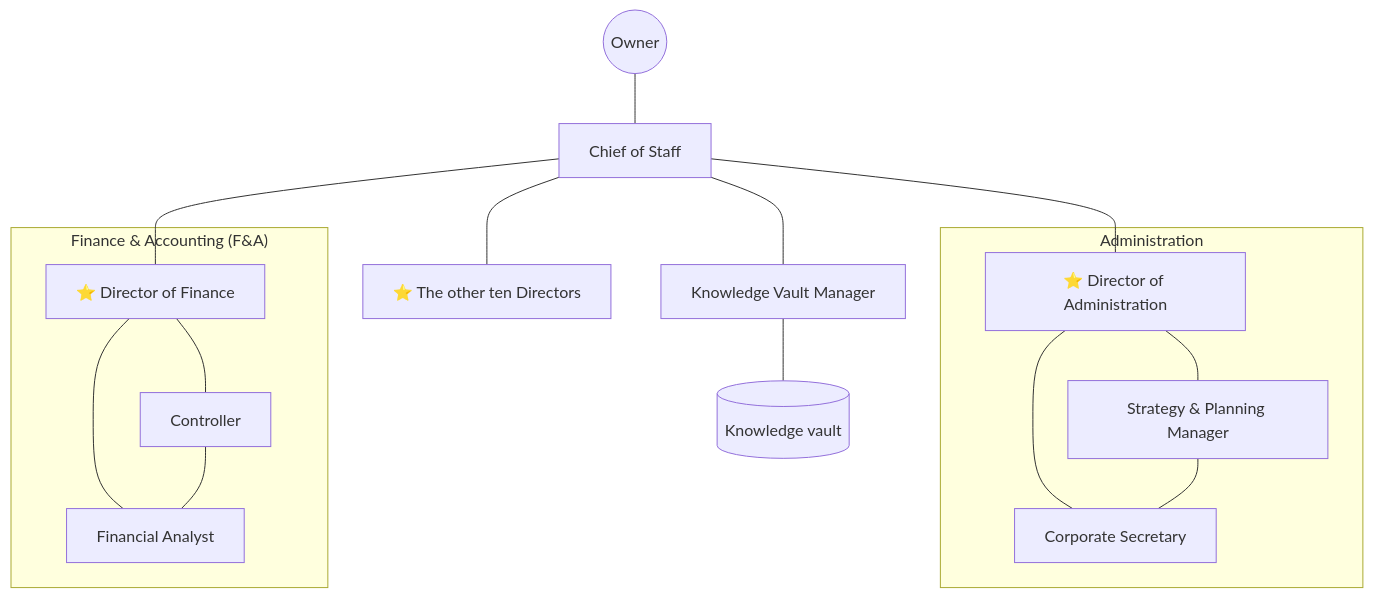
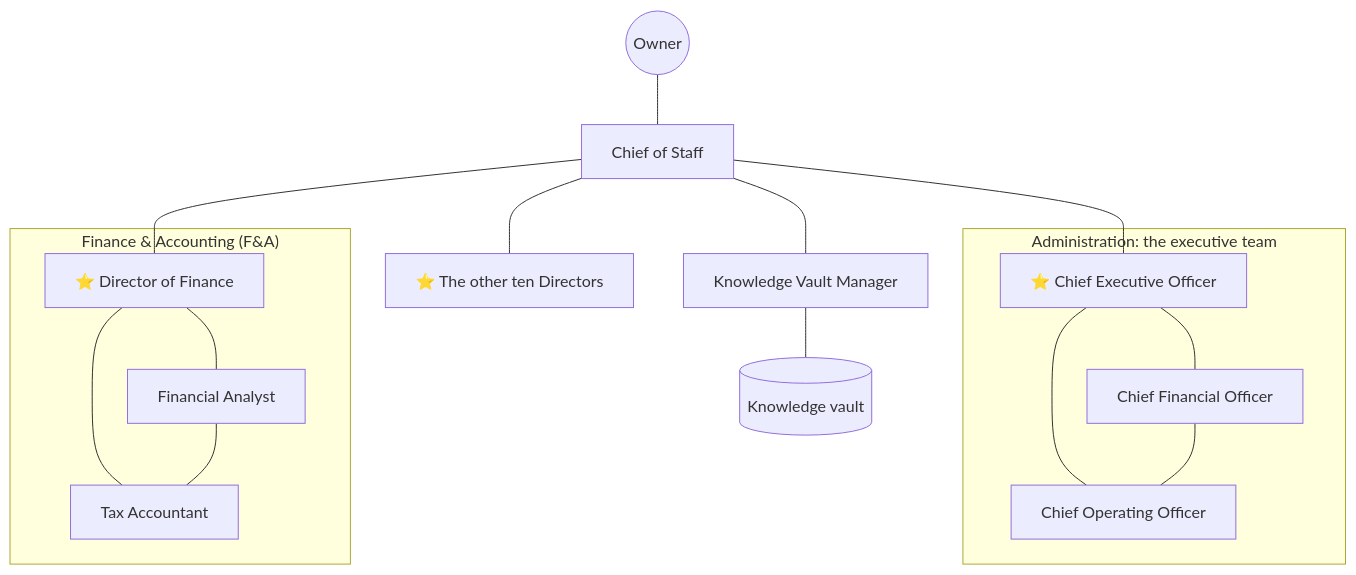
The first of 2 diagrams in docs/technical/The-Workforce.md (tannergolden/intelligence), drawn with Mermaid before and after one commit. The commit also changed other lines of this file and 109 other files, not shown here.

````diff
--- a/docs/technical/The-Workforce.md
+++ b/docs/technical/The-Workforce.md
@@ -254,19 +338,19 @@
 ```mermaid
 graph TD
     Owner((Owner)) --- CoS[Chief of Staff]
     CoS --- KVM[Knowledge Vault Manager]
     KVM --- Vault[(Knowledge vault)]
-    CoS --- DA["⭐ Director of Administration"]
+    CoS --- CEO["⭐ Chief Executive Officer"]
     CoS --- DF["⭐ Director of Finance"]
     CoS --- More["⭐ The other ten Directors"]
-    subgraph ADM[Administration]
-        DA --- SPM[Strategy & Planning Manager]
-        DA --- SEC[Corporate Secretary]
-        SPM --- SEC
+    subgraph ADM["Administration: the executive team"]
+        CEO --- CFO[Chief Financial Officer]
+        CEO --- COO[Chief Operating Officer]
+        CFO --- COO
     end
     subgraph FIN["Finance & Accounting (F&A)"]
-        DF --- CTL[Controller]
         DF --- FAN[Financial Analyst]
-        CTL --- FAN
+        DF --- TAX[Tax Accountant]
+        FAN --- TAX
     end
 ```
````
